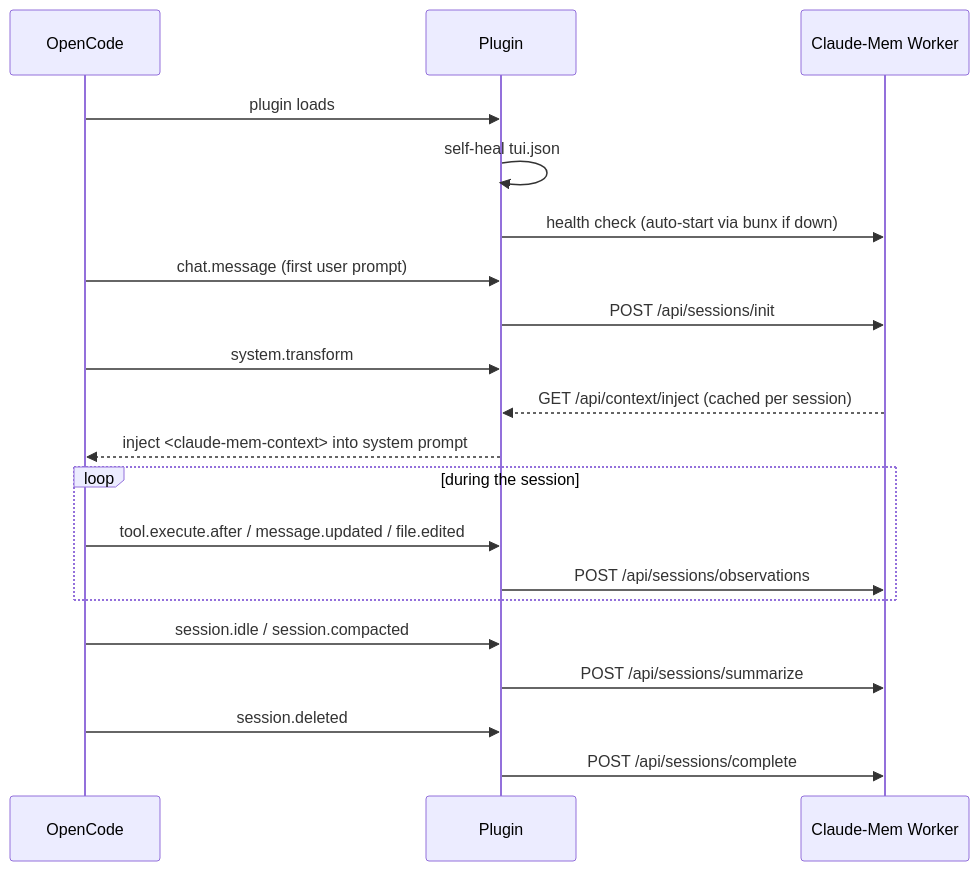
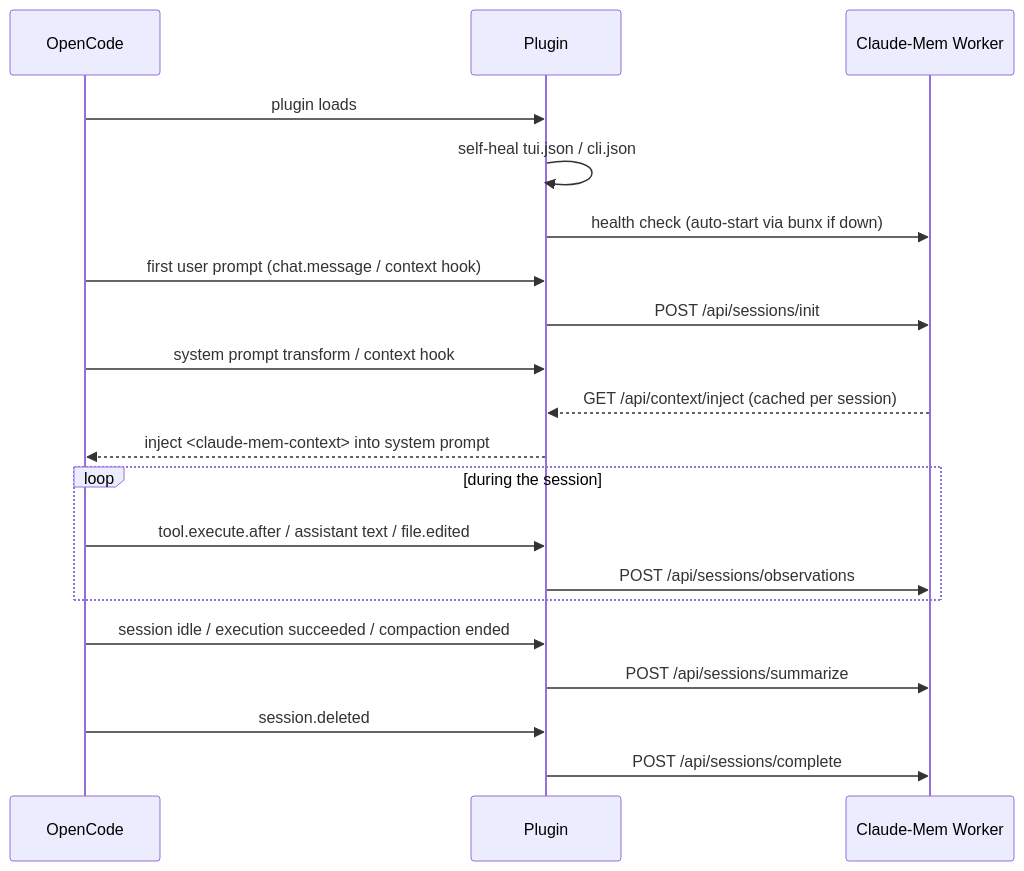
Before and after one commit to Ephemushroom/opencode-claude-mem: the third of 3 diagrams in README.md, drawn with Mermaid. The commit also changed other lines of this file and 11 other files, not shown here.

````diff
--- a/README.md
+++ b/README.md
@@ -107,23 +154,23 @@
 ```mermaid
 sequenceDiagram
     participant OC as OpenCode
     participant P as Plugin
     participant W as Claude-Mem Worker
 
     OC->>P: plugin loads
-    P->>P: self-heal tui.json
+    P->>P: self-heal tui.json / cli.json
     P->>W: health check (auto-start via bunx if down)
-    OC->>P: chat.message (first user prompt)
+    OC->>P: first user prompt (chat.message / context hook)
     P->>W: POST /api/sessions/init
-    OC->>P: system.transform
+    OC->>P: system prompt transform / context hook
     W-->>P: GET /api/context/inject (cached per session)
     P-->>OC: inject <claude-mem-context> into system prompt
     loop during the session
-        OC->>P: tool.execute.after / message.updated / file.edited
+        OC->>P: tool.execute.after / assistant text / file.edited
         P->>W: POST /api/sessions/observations
     end
-    OC->>P: session.idle / session.compacted
+    OC->>P: session idle / execution succeeded / compaction ended
     P->>W: POST /api/sessions/summarize
     OC->>P: session.deleted
     P->>W: POST /api/sessions/complete
 ```
````
